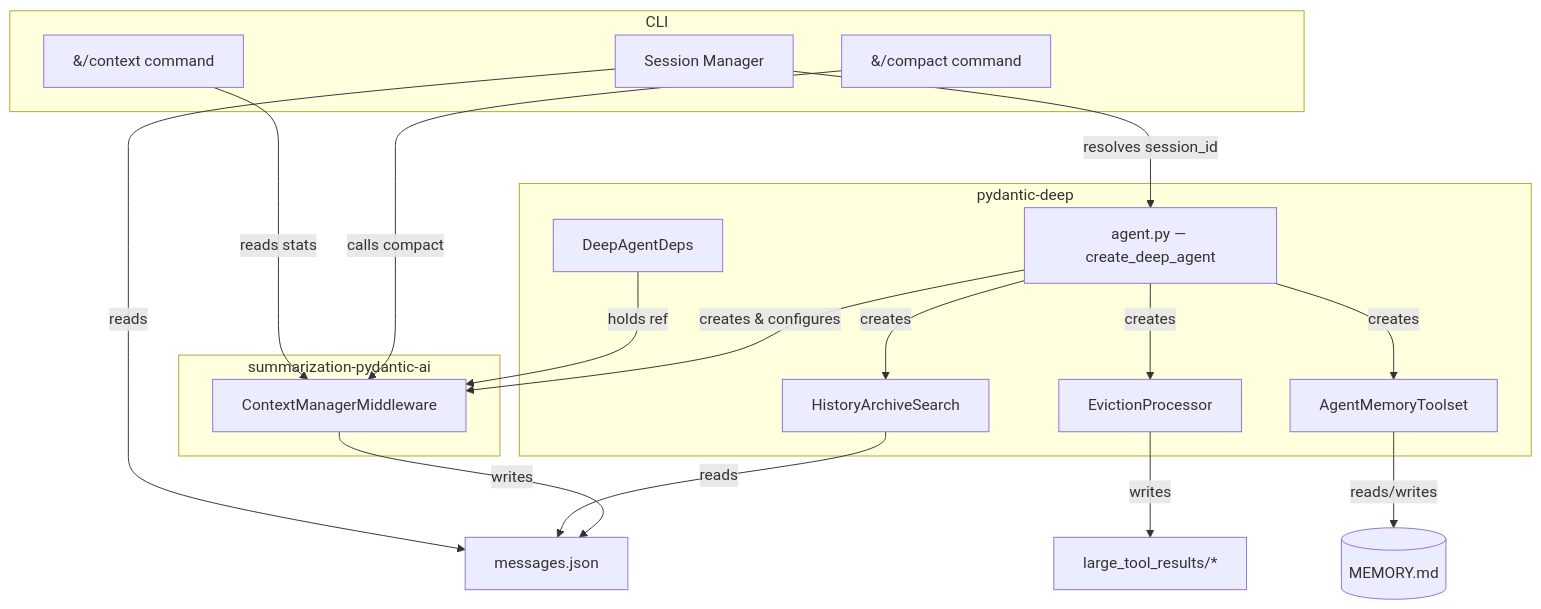
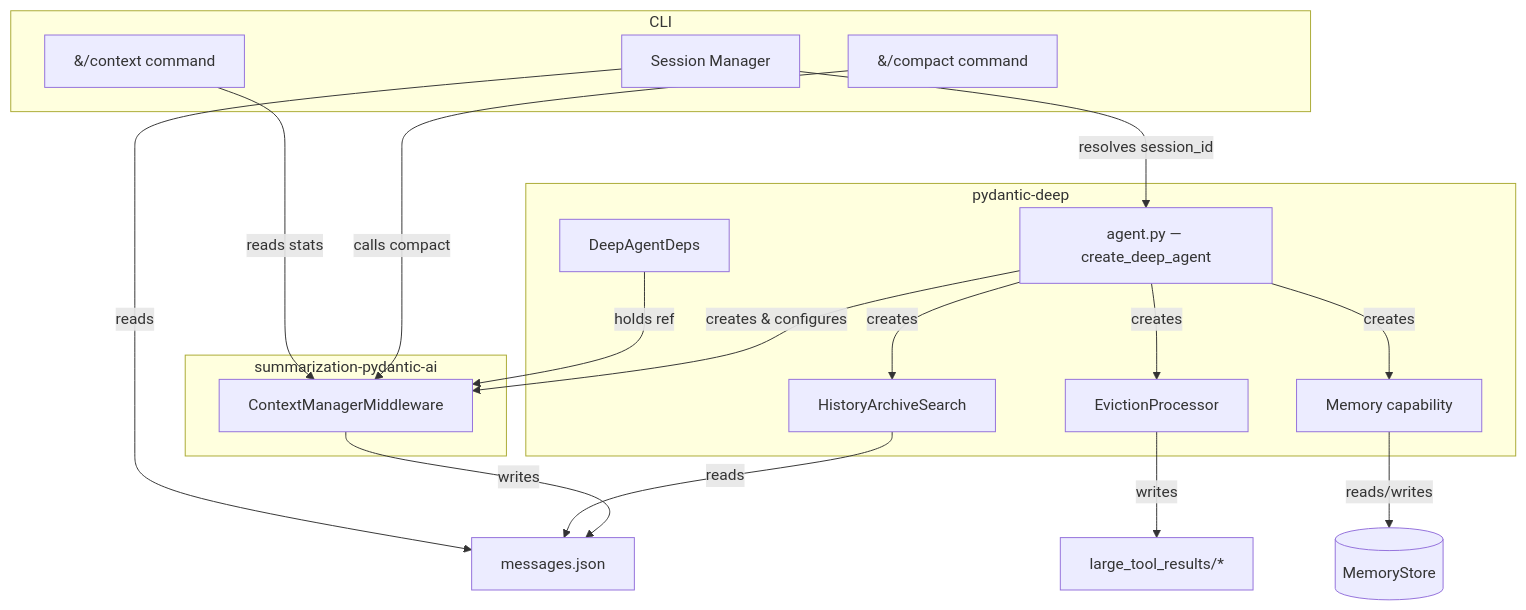
The first of 5 diagrams in docs/architecture/memory-and-context.md (vstorm-co/pydantic-deepagents), drawn with Mermaid before and after one commit. The commit also changed other lines of this file and 36 other files, not shown here.

````diff
--- a/docs/architecture/memory-and-context.md
+++ b/docs/architecture/memory-and-context.md
@@ -25,37 +25,37 @@
 ```mermaid
 graph TD
     subgraph "summarization-pydantic-ai"
         CMW[ContextManagerMiddleware]
     end
 
     subgraph "pydantic-deep"
         EP[EvictionProcessor]
-        MEM[AgentMemoryToolset]
+        MEM[Memory capability]
         HAS[HistoryArchiveSearch]
         AF[agent.py — create_deep_agent]
         DEPS[DeepAgentDeps]
     end
 
     subgraph CLI
         COMPACT["&#47;compact command"]
         CONTEXT["&#47;context command"]
         SESSION[Session Manager]
     end
 
     AF -->|creates & configures| CMW
     AF -->|creates| EP
     AF -->|creates| MEM
     AF -->|creates| HAS
 
     CMW -->|writes| MJ[messages.json]
     HAS -->|reads| MJ
     SESSION -->|reads| MJ
     EP -->|writes| LTR["large_tool_results/*"]
-    MEM -->|reads/writes| MEMF[(MEMORY.md)]
+    MEM -->|reads/writes| MEMF[(MemoryStore)]
 
     DEPS -->|holds ref| CMW
 
     COMPACT -->|calls compact| CMW
     CONTEXT -->|reads stats| CMW
     SESSION -->|resolves session_id| AF
 ```
````
